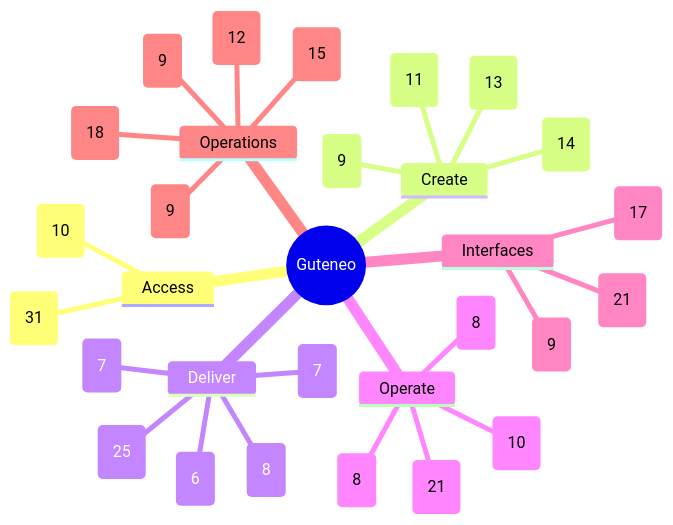
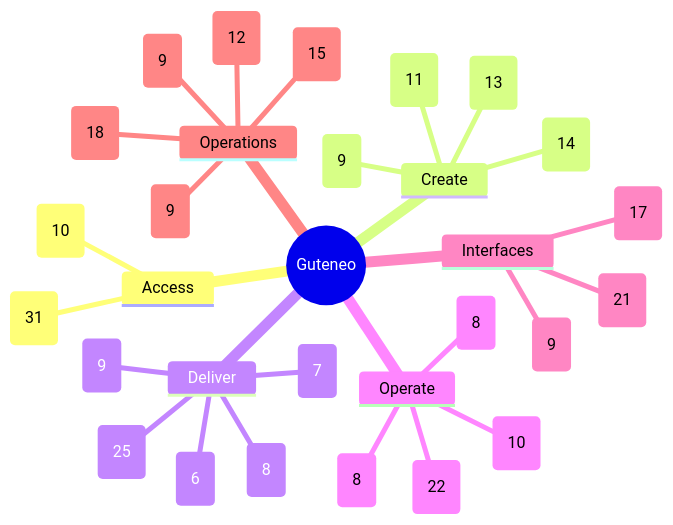
One commit to nclsppr/guteneo changed the diagram in docs/FEATURE_MAP.md. Above: the diagram before and after it, drawn with Mermaid. The commit also changed other lines of this file and 26 other files, not shown here.

Commit message:
Fix protected email routing, recipient language and V2 panels

````diff
--- a/docs/FEATURE_MAP.md
+++ b/docs/FEATURE_MAP.md
@@ -13,33 +13,33 @@
 ```mermaid
 mindmap
   root((Guteneo))
     Access
       Access and identity (31)
       Team and responsibilities (10)
     Create
       Documents and protection (13)
       Template studio (14)
       Data and mappings (9)
       PDF generation and distribution (11)
     Deliver
       Fax (6)
       Postal mail (8)
-      Email and protected links (7)
+      Email and protected links (9)
       Sensitive distribution and personal documents (25)
       Dispatch dry run (7)
     Operate
       Campaigns and tracking (8)
       Credits and billing (8)
-      Workspace layout and browser appearance (21)
+      Workspace layout and browser appearance (22)
       PDF verification (10)
     Interfaces
       Assistants and API (21)
       iPhone and iPad (9)
       Public pages, languages and appearance (17)
     Operations
       Reviewer OAuth qualification (9)
       Operations and reliability (18)
       Belvédère platform oversight (9)
       Public service status (15)
       Engineering documentation (12)
 ```
````
